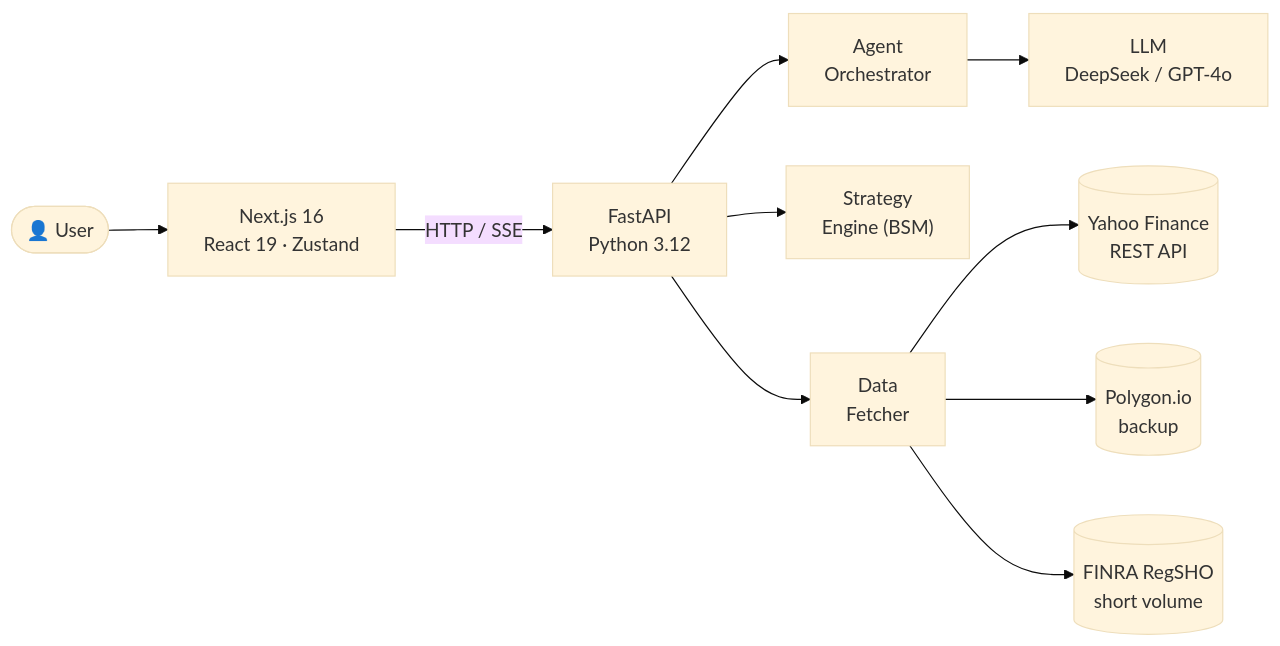
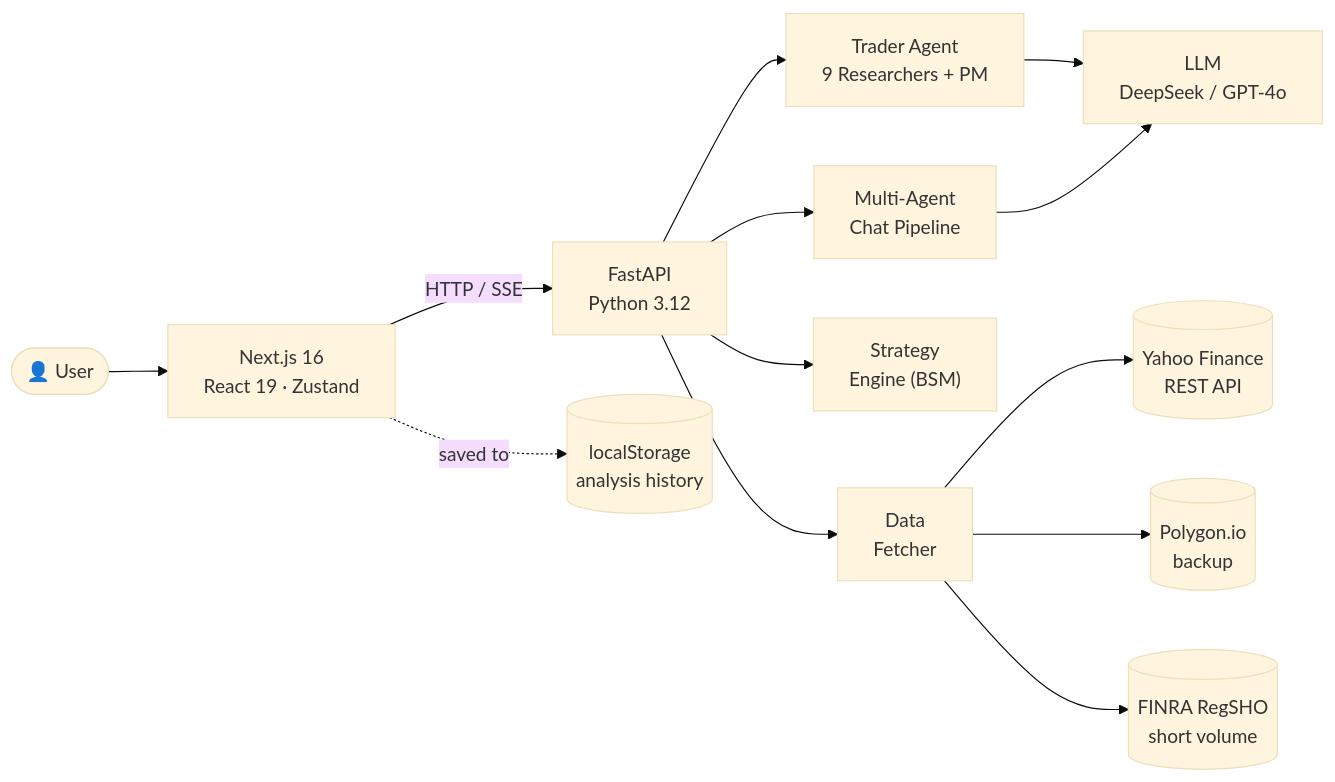
One commit to Jose-MUJOSE/optionsai changed the diagram in README.md. Above: the diagram before and after it, drawn with Mermaid (base theme). The commit also changed other lines of this file and 1 other file, not shown here.

First line of the commit message:
docs: README v2 — Trader Agent marquee section + 9-researcher highlights

````diff
--- a/README.md
+++ b/README.md
@@ -117,12 +181,15 @@
 ```mermaid
 flowchart LR
-    U(["👤 User"]) --> FE["Next.js 16\nReact 19 · Zustand"]
-    FE -- "HTTP / SSE" --> API["FastAPI\nPython 3.12"]
-    API --> ORC["Agent\nOrchestrator"]
-    API --> SE["Strategy\nEngine (BSM)"]
-    API --> DF["Data\nFetcher"]
-    ORC --> LLM["LLM\nDeepSeek / GPT-4o"]
-    DF --> YF[("Yahoo Finance\nREST API")]
-    DF --> PG[("Polygon.io\nbackup")]
-    DF --> FR[("FINRA RegSHO\nshort volume")]
+    U(["👤 User"]) --> FE["Next.js 16<br/>React 19 · Zustand"]
+    FE -- "HTTP / SSE" --> API["FastAPI<br/>Python 3.12"]
+    API --> TA["Trader Agent<br/>9 Researchers + PM"]
+    API --> ORC["Multi-Agent<br/>Chat Pipeline"]
+    API --> SE["Strategy<br/>Engine (BSM)"]
+    API --> DF["Data<br/>Fetcher"]
+    TA --> LLM["LLM<br/>DeepSeek / GPT-4o"]
+    ORC --> LLM
+    DF --> YF[("Yahoo Finance<br/>REST API")]
+    DF --> PG[("Polygon.io<br/>backup")]
+    DF --> FR[("FINRA RegSHO<br/>short volume")]
+    FE -. "saved to" .-> LS[("localStorage<br/>analysis history")]
 ```
````
